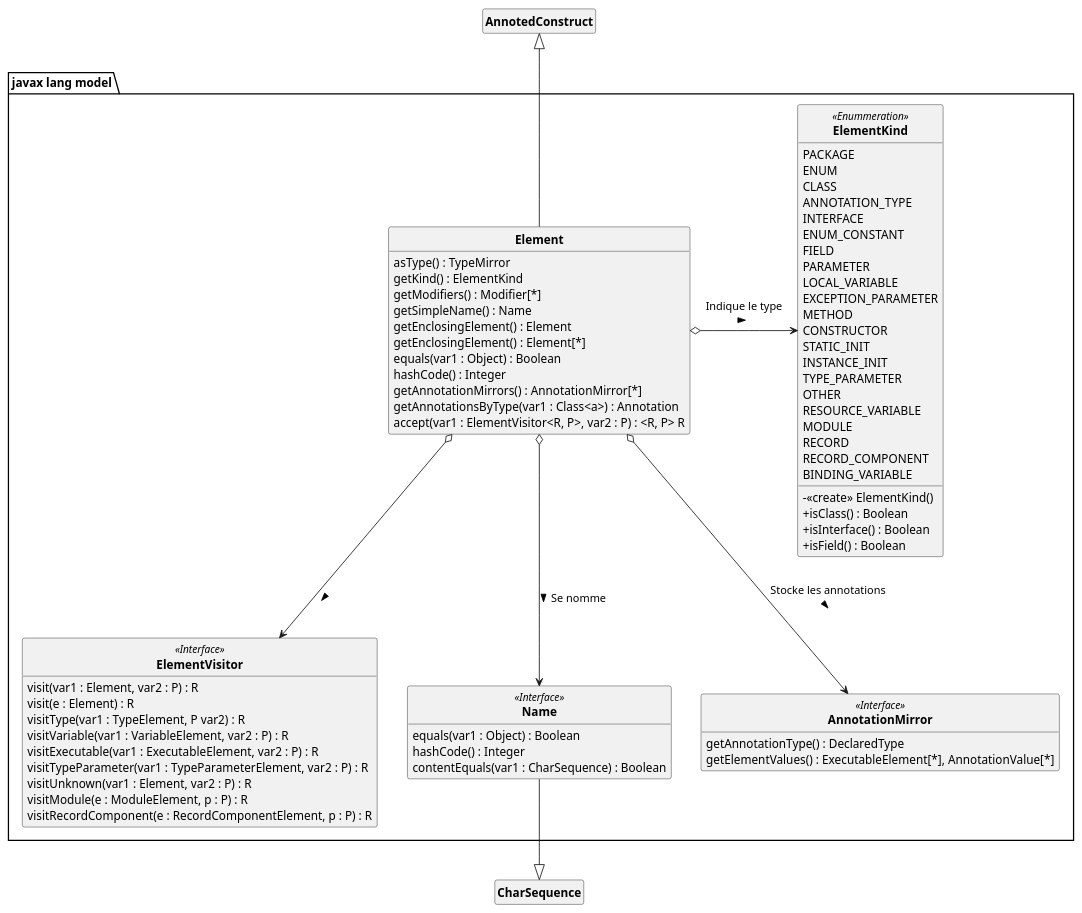
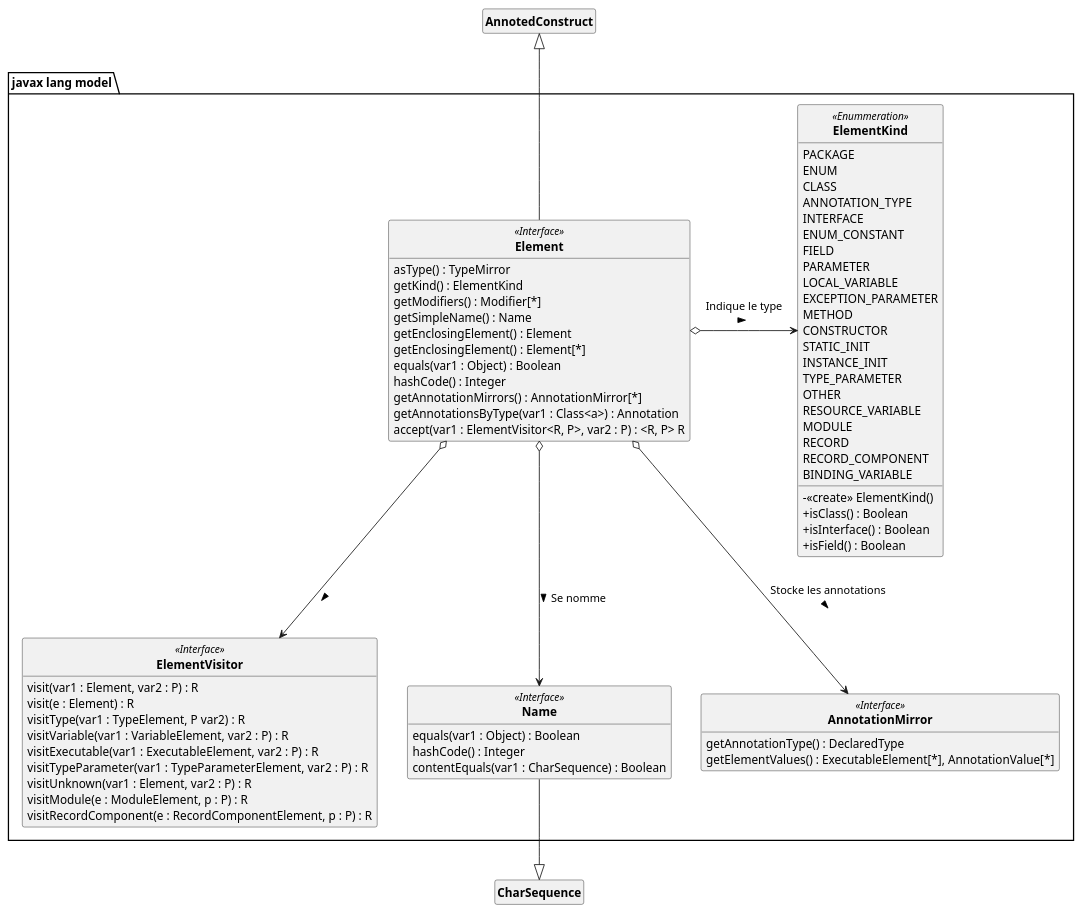
The diagram in uml/JavaLanguageModelDCC.puml (DimToups/Java-to-PUML-converter), drawn with PlantUML before and after one commit.

Commit message:
[Semaine2] rectification d'un oubli dans uml/JavaLanguageModelDCC.puml

```diff
--- a/uml/JavaLanguageModelDCC.puml
+++ b/uml/JavaLanguageModelDCC.puml
@@ -1,85 +1,85 @@
 @startuml
 'https://plantuml.com/class-diagram
 skinparam style strictuml
 skinparam classAttributeIconSize 0
 skinparam classFontStyle Bold
 
 hide empty members
 
 package "javax lang model" {
-    class Element{
+    class Element <<Interface>>{
         asType() : TypeMirror
         getKind() : ElementKind
         getModifiers() : Modifier[*]
         getSimpleName() : Name
         getEnclosingElement() : Element
         getEnclosingElement() : Element[*]
         equals(var1 : Object) : Boolean
         hashCode() : Integer
         getAnnotationMirrors() : AnnotationMirror[*]
         getAnnotationsByType(var1 : Class<a>) : Annotation
         accept(var1 : ElementVisitor<R, P>, var2 : P) : <R, P> R
     }
 
     class ElementKind <<Enummeration>>{
             PACKAGE
             ENUM
             CLASS
             ANNOTATION_TYPE
             INTERFACE
             ENUM_CONSTANT
             FIELD
             PARAMETER
             LOCAL_VARIABLE
             EXCEPTION_PARAMETER
             METHOD
             CONSTRUCTOR
             STATIC_INIT
             INSTANCE_INIT
             TYPE_PARAMETER
             OTHER
             RESOURCE_VARIABLE
             MODULE
             RECORD
             RECORD_COMPONENT
             BINDING_VARIABLE
             - <<create>> ElementKind()
             + isClass() : Boolean
             + isInterface() : Boolean
             + isField() : Boolean
     }
 
     class ElementVisitor <<Interface>>{
         visit(var1 : Element, var2 : P) : R
         visit(e : Element) : R
         visitType(var1 : TypeElement, P var2) : R
         visitVariable(var1 : VariableElement, var2 : P) : R
         visitExecutable(var1 : ExecutableElement, var2 : P) : R
         visitTypeParameter(var1 : TypeParameterElement, var2 : P) : R
         visitUnknown(var1 : Element, var2 : P) : R
         visitModule(e : ModuleElement, p : P) : R
         visitRecordComponent(e : RecordComponentElement, p : P) : R
     }
 
     class Name <<Interface>>{
         equals(var1 : Object) : Boolean
         hashCode() : Integer
         contentEquals(var1 : CharSequence) : Boolean
     }
 
     class AnnotationMirror <<Interface>>{
         getAnnotationType() : DeclaredType
         getElementValues() : ExecutableElement[*], AnnotationValue[*]
     }
 }
 class AnnotedConstruct
 class CharSequence
 
 Element o-> ElementKind : Indique le type\n >
 Element o--> Name : > Se nomme
 Element o--> AnnotationMirror : Stocke les annotations\n >
 Element o--> ElementVisitor : > 
 Element -u-|> AnnotedConstruct
 Name --|> CharSequence
 
 @enduml
```
